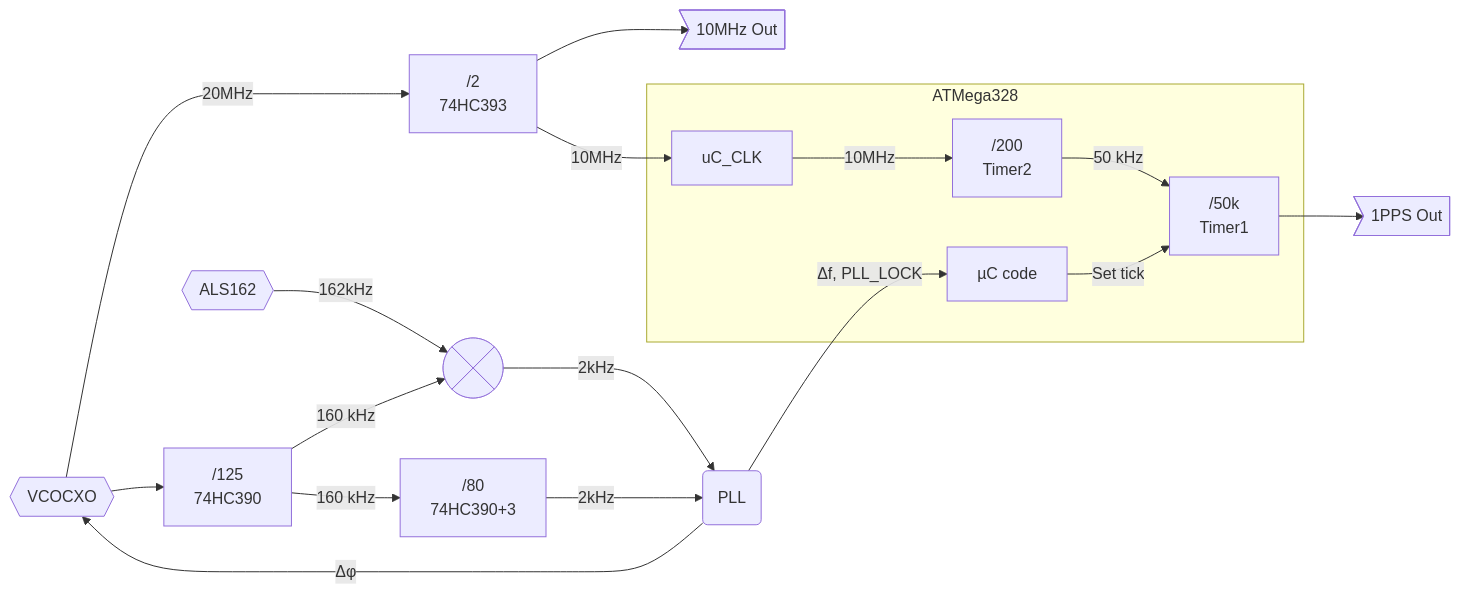
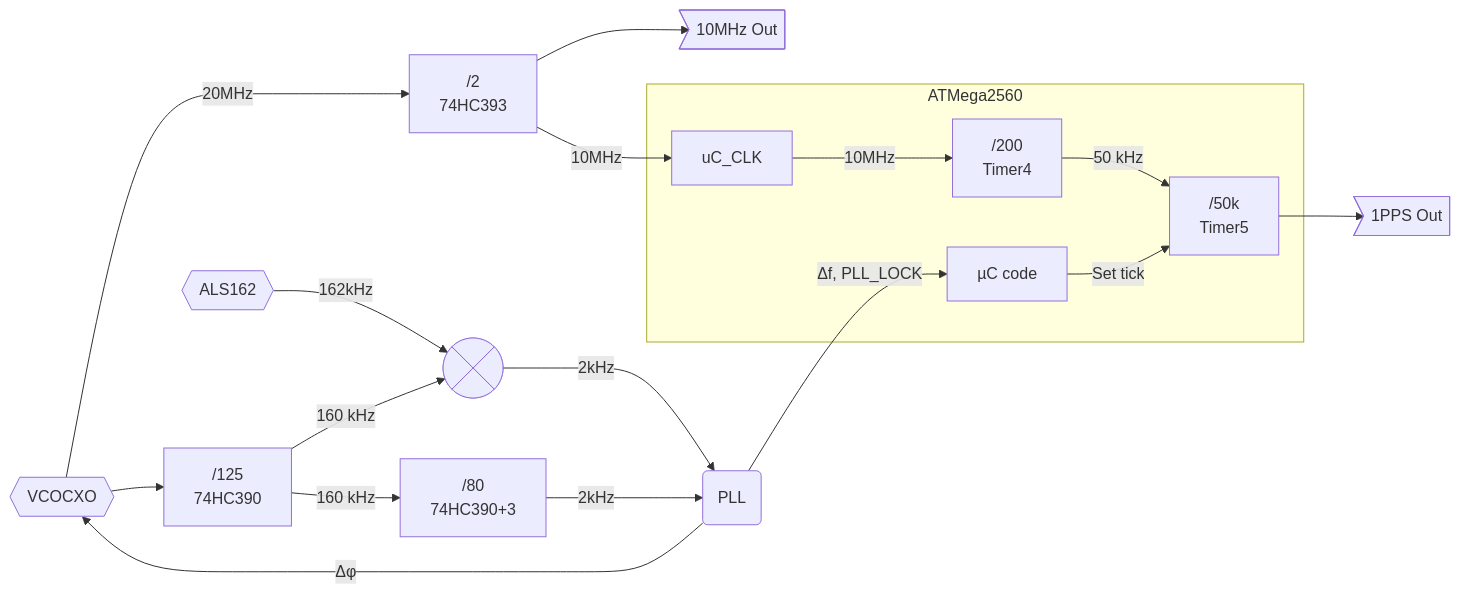
Before and after one commit to dscp46/als162: the diagram in doc/Clock_Architecture.md, drawn with Mermaid. The commit also changed other lines of this file, not shown here.

````diff
--- a/doc/Clock_Architecture.md
+++ b/doc/Clock_Architecture.md
@@ -7,23 +9,23 @@
 ```mermaid
 flowchart LR
     CLK@{ shape: hex, label: "VCOCXO"} -->|20MHz| D2[ /2<br>74HC393 ]
     D2 --> 10M> 10MHz Out ]
     D2 -->|10MHz| uC_CLK
     
     CLK --> D125[ /125<br>74HC390 ]
     D125 -->|160 kHz| MIX@{ shape: cross-circ }
     ALS162@{ shape: hex, label: "ALS162"} -->|162kHz| MIX
     MIX -->|2kHz| PLL(PLL)
     D125 -->|160 kHz| D80[ /80<br>74HC390+3 ]
     D80 -->|2kHz| PLL
     PLL -->|Δφ| CLK
     PLL -->|Δf, PLL_LOCK| uC
 
-    subgraph ATMega328
-    uC_CLK -->|10MHz| T2
-    uC[ µC code ] -->|Set tick| T1
-    T2[ /200<br>Timer2 ] -->|50 kHz| T1[ /50k<br>Timer1 ]
+    subgraph ATMega2560
+    uC_CLK -->|10MHz| T4
+    uC[ µC code ] -->|Set tick| T5
+    T4[ /200<br>Timer4 ] -->|50 kHz| T5[ /50k<br>Timer5 ]
     end
 
-    T1 --> PPS> 1PPS Out ]
+    T5 --> PPS> 1PPS Out ]
 ```
````
